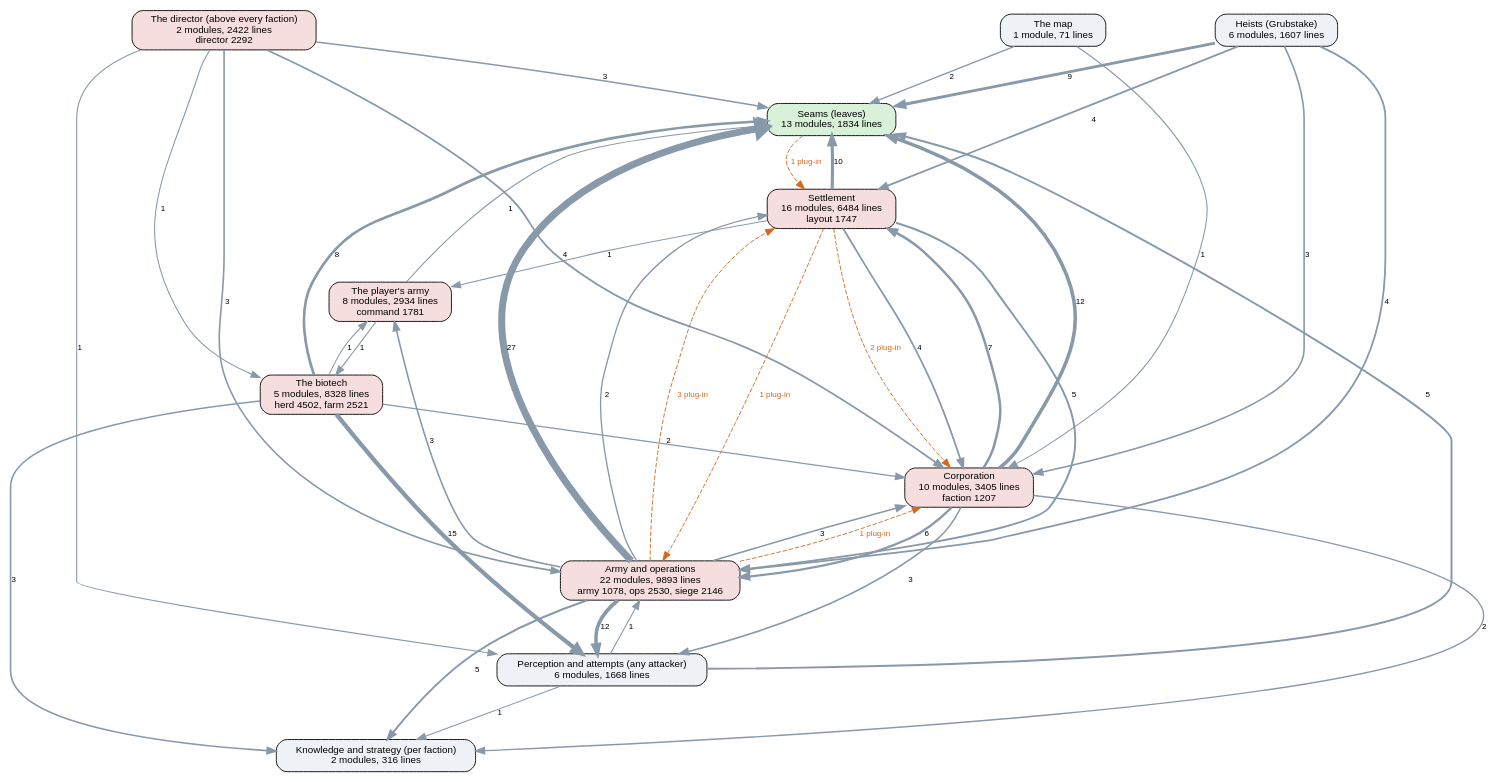
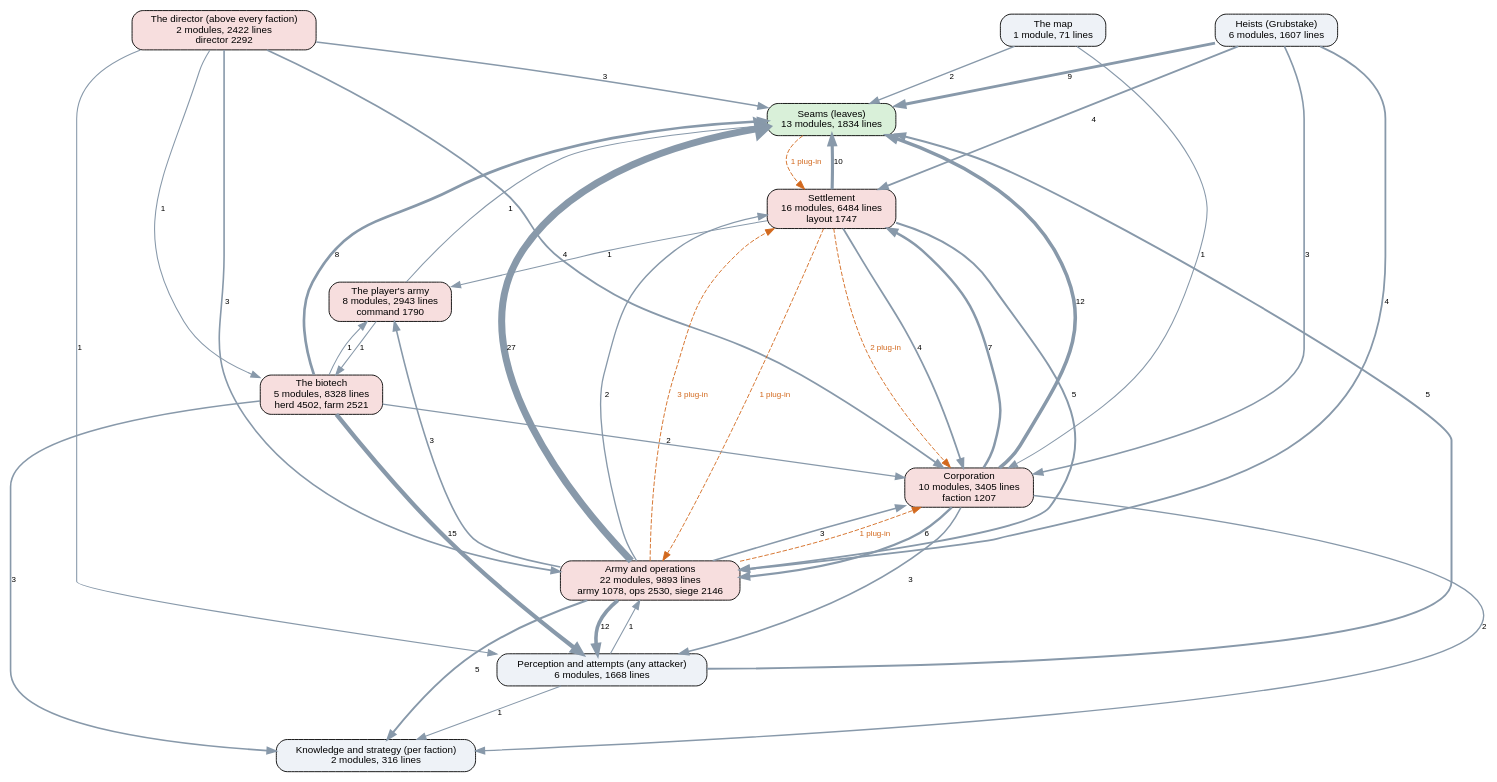
The diagram in docs/ai-layers.dot (kinelhu/landing-party), drawn with Graphviz before and after one commit. The commit also changed 14 other files, not shown here.

```diff
--- a/docs/ai-layers.dot
+++ b/docs/ai-layers.dot
@@ -1,57 +1,57 @@
 digraph layers {
   graph [rankdir=TB, fontname="Helvetica", nodesep=0.5, ranksep=0.7];
   node [shape=box, style="rounded,filled", fontname="Helvetica", fontsize=11, fillcolor="#eef2f7"];
   edge [color="#8899aa", fontname="Helvetica", fontsize=9];
   "Seams (leaves)" [label="Seams (leaves)\n13 modules, 1834 lines", fillcolor="#d9f0d9"];
   "Perception and attempts (any attacker)" [label="Perception and attempts (any attacker)\n6 modules, 1668 lines", fillcolor="#eef2f7"];
   "Knowledge and strategy (per faction)" [label="Knowledge and strategy (per faction)\n2 modules, 316 lines", fillcolor="#eef2f7"];
   "The director (above every faction)" [label="The director (above every faction)\n2 modules, 2422 lines\ndirector 2292", fillcolor="#f7dede"];
   "Corporation" [label="Corporation\n10 modules, 3405 lines\nfaction 1207", fillcolor="#f7dede"];
   "Settlement" [label="Settlement\n16 modules, 6484 lines\nlayout 1747", fillcolor="#f7dede"];
   "Army and operations" [label="Army and operations\n22 modules, 9893 lines\narmy 1078, ops 2530, siege 2146", fillcolor="#f7dede"];
   "Heists (Grubstake)" [label="Heists (Grubstake)\n6 modules, 1607 lines", fillcolor="#eef2f7"];
   "The biotech" [label="The biotech\n5 modules, 8328 lines\nherd 4502, farm 2521", fillcolor="#f7dede"];
   "The map" [label="The map\n1 module, 71 lines", fillcolor="#eef2f7"];
-  "The player's army" [label="The player's army\n8 modules, 2934 lines\ncommand 1781", fillcolor="#f7dede"];
+  "The player's army" [label="The player's army\n8 modules, 2943 lines\ncommand 1790", fillcolor="#f7dede"];
   "Army and operations" -> "Corporation" [label="3", penwidth=1.8];
   "Army and operations" -> "Knowledge and strategy (per faction)" [label="5", penwidth=2.2];
   "Army and operations" -> "Perception and attempts (any attacker)" [label="12", penwidth=4.0];
   "Army and operations" -> "Seams (leaves)" [label="27", penwidth=7.8];
   "Army and operations" -> "Settlement" [label="2", penwidth=1.5];
   "Army and operations" -> "The player's army" [label="3", penwidth=1.8];
   "Corporation" -> "Army and operations" [label="6", penwidth=2.5];
   "Corporation" -> "Knowledge and strategy (per faction)" [label="2", penwidth=1.5];
   "Corporation" -> "Perception and attempts (any attacker)" [label="3", penwidth=1.8];
   "Corporation" -> "Seams (leaves)" [label="12", penwidth=4.0];
   "Corporation" -> "Settlement" [label="7", penwidth=2.8];
   "Heists (Grubstake)" -> "Army and operations" [label="4", penwidth=2.0];
   "Heists (Grubstake)" -> "Corporation" [label="3", penwidth=1.8];
   "Heists (Grubstake)" -> "Seams (leaves)" [label="9", penwidth=3.2];
   "Heists (Grubstake)" -> "Settlement" [label="4", penwidth=2.0];
   "Perception and attempts (any attacker)" -> "Army and operations" [label="1", penwidth=1.2];
   "Perception and attempts (any attacker)" -> "Knowledge and strategy (per faction)" [label="1", penwidth=1.2];
   "Perception and attempts (any attacker)" -> "Seams (leaves)" [label="5", penwidth=2.2];
   "Settlement" -> "Army and operations" [label="5", penwidth=2.2];
   "Settlement" -> "Corporation" [label="4", penwidth=2.0];
   "Settlement" -> "Seams (leaves)" [label="10", penwidth=3.5];
   "Settlement" -> "The player's army" [label="1", penwidth=1.2];
   "The biotech" -> "Corporation" [label="2", penwidth=1.5];
   "The biotech" -> "Knowledge and strategy (per faction)" [label="3", penwidth=1.8];
   "The biotech" -> "Perception and attempts (any attacker)" [label="15", penwidth=4.8];
   "The biotech" -> "Seams (leaves)" [label="8", penwidth=3.0];
   "The biotech" -> "The player's army" [label="1", penwidth=1.2];
   "The director (above every faction)" -> "Army and operations" [label="3", penwidth=1.8];
   "The director (above every faction)" -> "Corporation" [label="4", penwidth=2.0];
   "The director (above every faction)" -> "Perception and attempts (any attacker)" [label="1", penwidth=1.2];
   "The director (above every faction)" -> "Seams (leaves)" [label="3", penwidth=1.8];
   "The director (above every faction)" -> "The biotech" [label="1", penwidth=1.2];
   "The map" -> "Corporation" [label="1", penwidth=1.2];
   "The map" -> "Seams (leaves)" [label="2", penwidth=1.5];
   "The player's army" -> "Seams (leaves)" [label="1", penwidth=1.2];
   "The player's army" -> "The biotech" [label="1", penwidth=1.2];
   "Army and operations" -> "Corporation" [style=dashed, color="#d2691e", fontcolor="#d2691e", label="1 plug-in"];
   "Army and operations" -> "Settlement" [style=dashed, color="#d2691e", fontcolor="#d2691e", label="3 plug-in"];
   "Seams (leaves)" -> "Settlement" [style=dashed, color="#d2691e", fontcolor="#d2691e", label="1 plug-in"];
   "Settlement" -> "Army and operations" [style=dashed, color="#d2691e", fontcolor="#d2691e", label="1 plug-in"];
   "Settlement" -> "Corporation" [style=dashed, color="#d2691e", fontcolor="#d2691e", label="2 plug-in"];
 }
```
